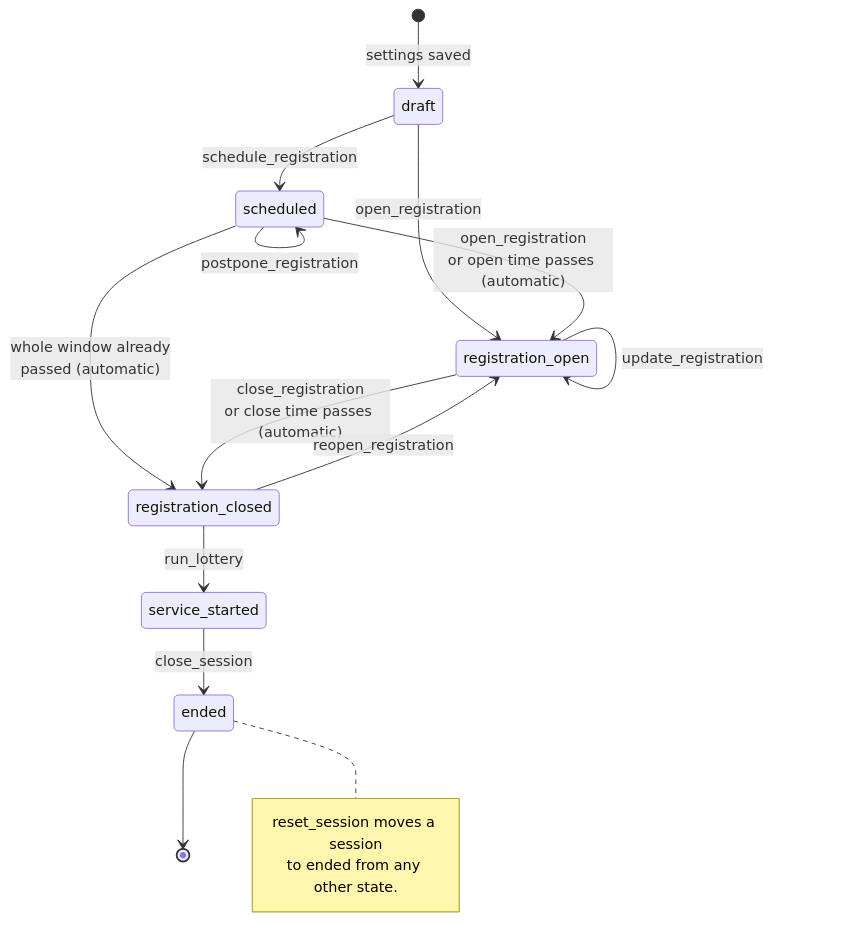
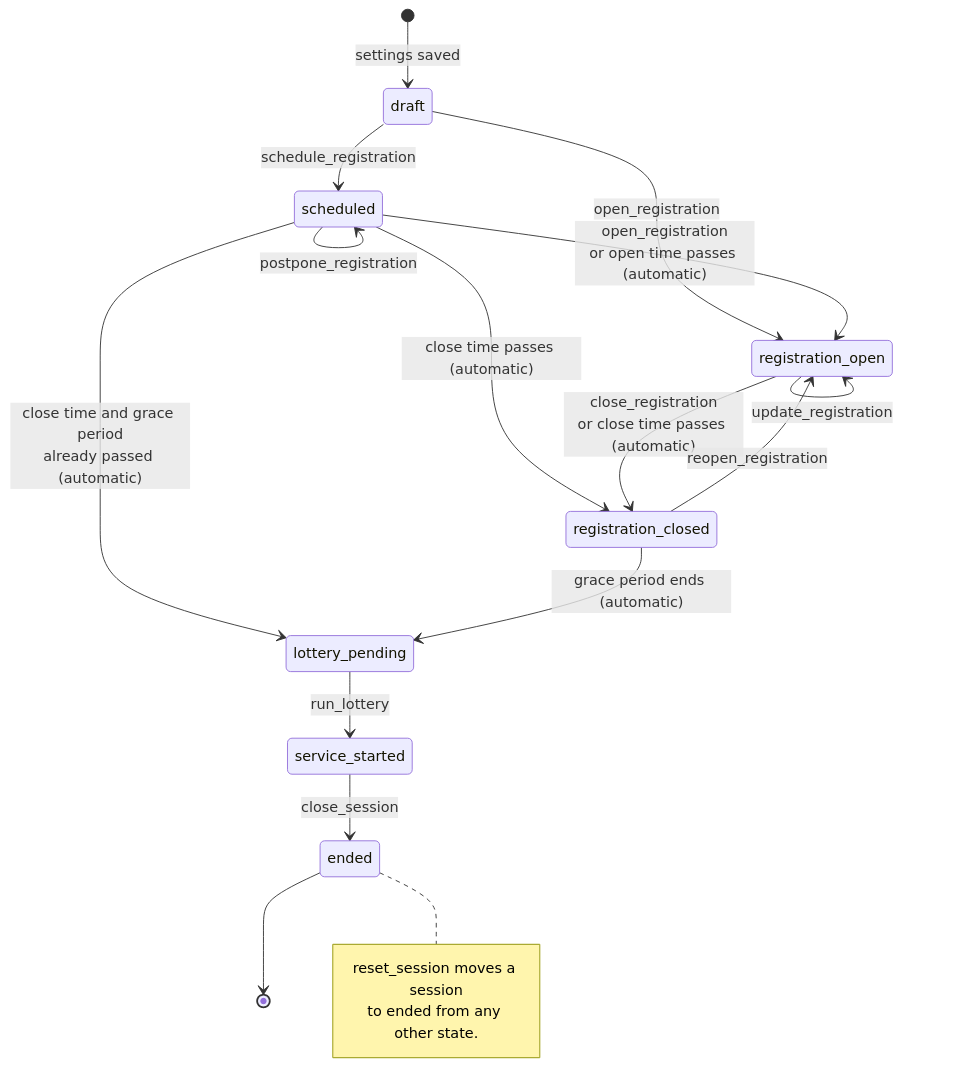
Before and after one commit to bay-compassion/food-market-app: the first of 2 diagrams in docs/session-lifecycle.md, drawn with Mermaid. The commit also changed other lines of this file and 86 other files, not shown here.

````diff
--- a/docs/session-lifecycle.md
+++ b/docs/session-lifecycle.md
@@ -25,25 +24,27 @@
 ```mermaid
 stateDiagram-v2
     [*] --> draft : settings saved
 
     draft --> scheduled : schedule_registration
     draft --> registration_open : open_registration
 
     scheduled --> scheduled : postpone_registration
     scheduled --> registration_open : open_registration<br/>or open time passes (automatic)
-    scheduled --> registration_closed : whole window already<br/>passed (automatic)
+    scheduled --> registration_closed : close time passes (automatic)
+    scheduled --> lottery_pending : close time and grace period<br/>already passed (automatic)
 
     registration_open --> registration_open : update_registration
     registration_open --> registration_closed : close_registration<br/>or close time passes (automatic)
 
     registration_closed --> registration_open : reopen_registration
-    registration_closed --> service_started : run_lottery
+    registration_closed --> lottery_pending : grace period ends (automatic)
+    lottery_pending --> service_started : run_lottery
 
     service_started --> ended : close_session
     ended --> [*]
 
     note right of ended
         reset_session moves a session
         to ended from any other state.
     end note
 ```
````
